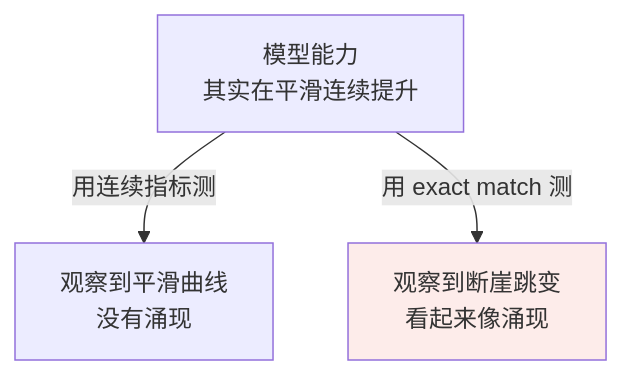
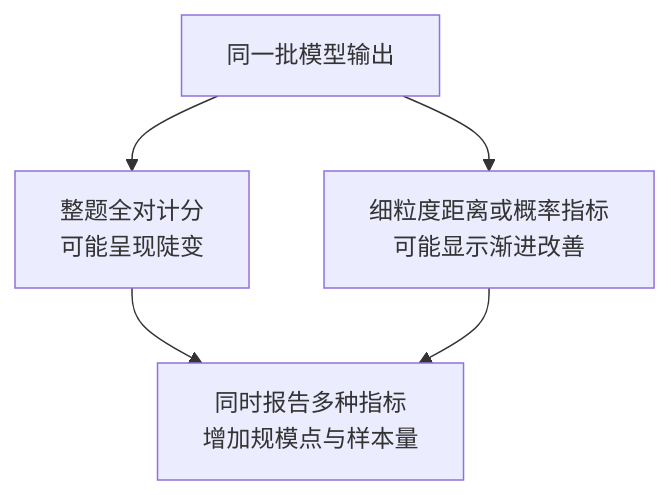
One commit to oneleaveknowsthefall/awesome-ai-roadmap changed the second of 2 diagrams in docs/llm/02-training-alignment/07-scaling-law-emergence.md. Above: the diagram before and after it, drawn with Mermaid. The commit also changed other lines of this file and 45 other files, not shown here.

````diff
--- a/docs/llm/02-training-alignment/07-scaling-law-emergence.md
+++ b/docs/llm/02-training-alignment/07-scaling-law-emergence.md
@@ -169,8 +161,7 @@
 ```mermaid
 flowchart TB
-    REAL["模型能力<br/>其实在平滑连续提升"]
-    REAL -->|用连续指标测| C1["观察到平滑曲线<br/>没有涌现"]
-    REAL -->|用 exact match 测| C2["观察到断崖跳变<br/>看起来像涌现"]
-
-    style C2 fill:#fdecea
+    OUT["同一批模型输出"] --> EXACT["整题全对计分<br/>可能呈现陡变"]
+    OUT --> FINE["细粒度距离或概率指标<br/>可能显示渐进改善"]
+    EXACT --> CHECK["同时报告多种指标<br/>增加规模点与样本量"]
+    FINE --> CHECK
 ```
````
